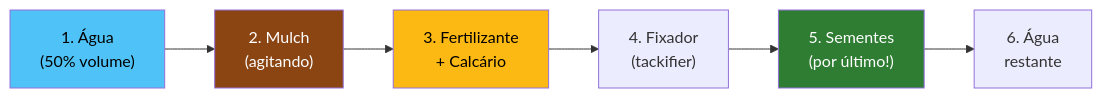
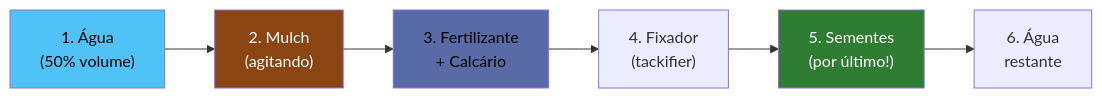
The second of 6 diagrams in aulas/bioengenharia_de_solos/aulas/hidrossemeadura/hidrossemeadura.qmd (ldvsantos/cv), drawn with Mermaid before and after one commit. The commit also changed other lines of this file and 466 other files, not shown here.

````diff
--- a/aulas/bioengenharia_de_solos/aulas/hidrossemeadura/hidrossemeadura.qmd
+++ b/aulas/bioengenharia_de_solos/aulas/hidrossemeadura/hidrossemeadura.qmd
@@ -218,13 +216,13 @@
 ```{mermaid}
 %%| fig-width: 5
 graph LR
     A["1. Água<br>(50% volume)"] --> B["2. Mulch<br>(agitando)"]
     B --> C["3. Fertilizante<br>+ Calcário"]
     C --> D["4. Fixador<br>(tackifier)"]
     D --> E["5. Sementes<br>(por último!)"]
     E --> F["6. Água<br>restante"]
     style A fill:#4FC3F7,color:#000
     style B fill:#8B4513,color:#fff
-    style C fill:#FDB913,color:#000
+    style C fill:#586BA6,color:#000
     style E fill:#2E7D32,color:#fff
 ```
````
